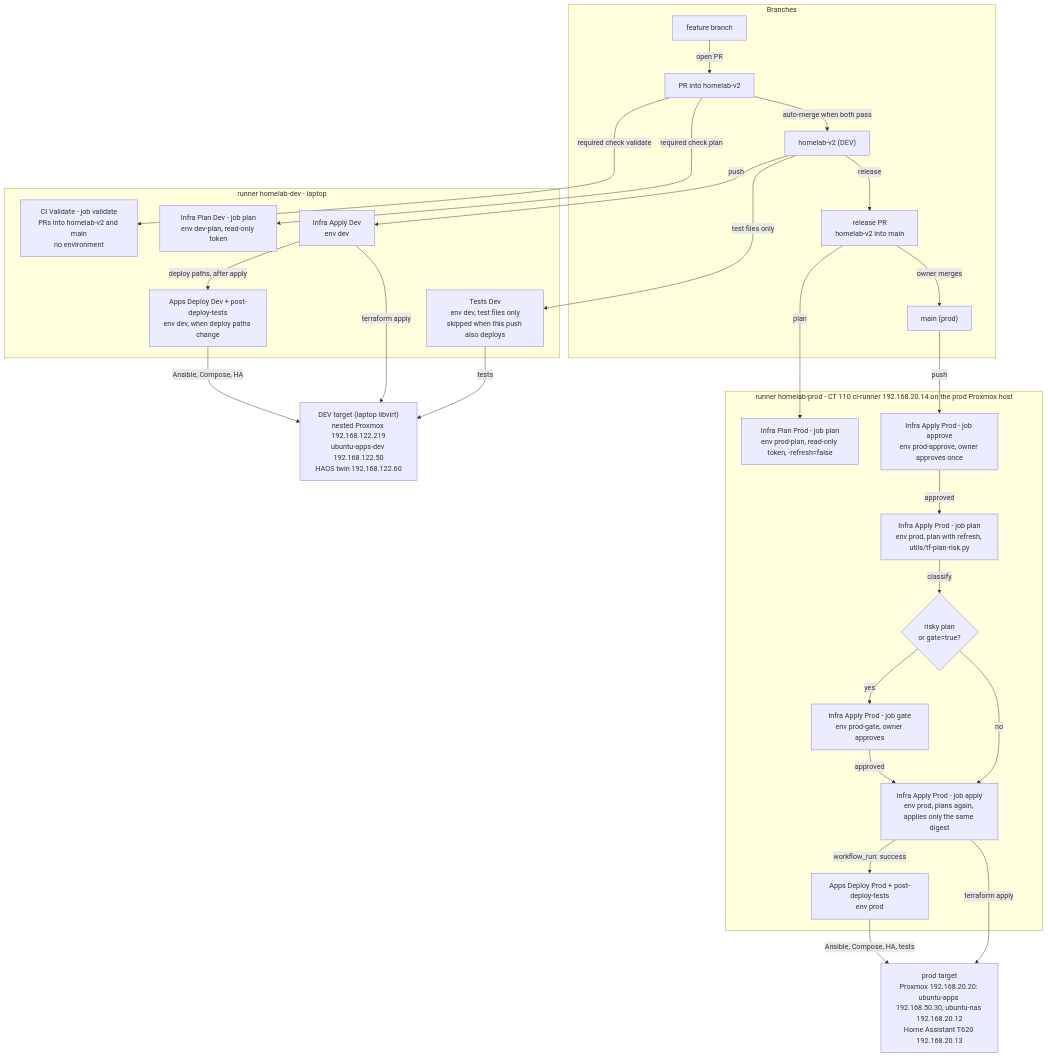
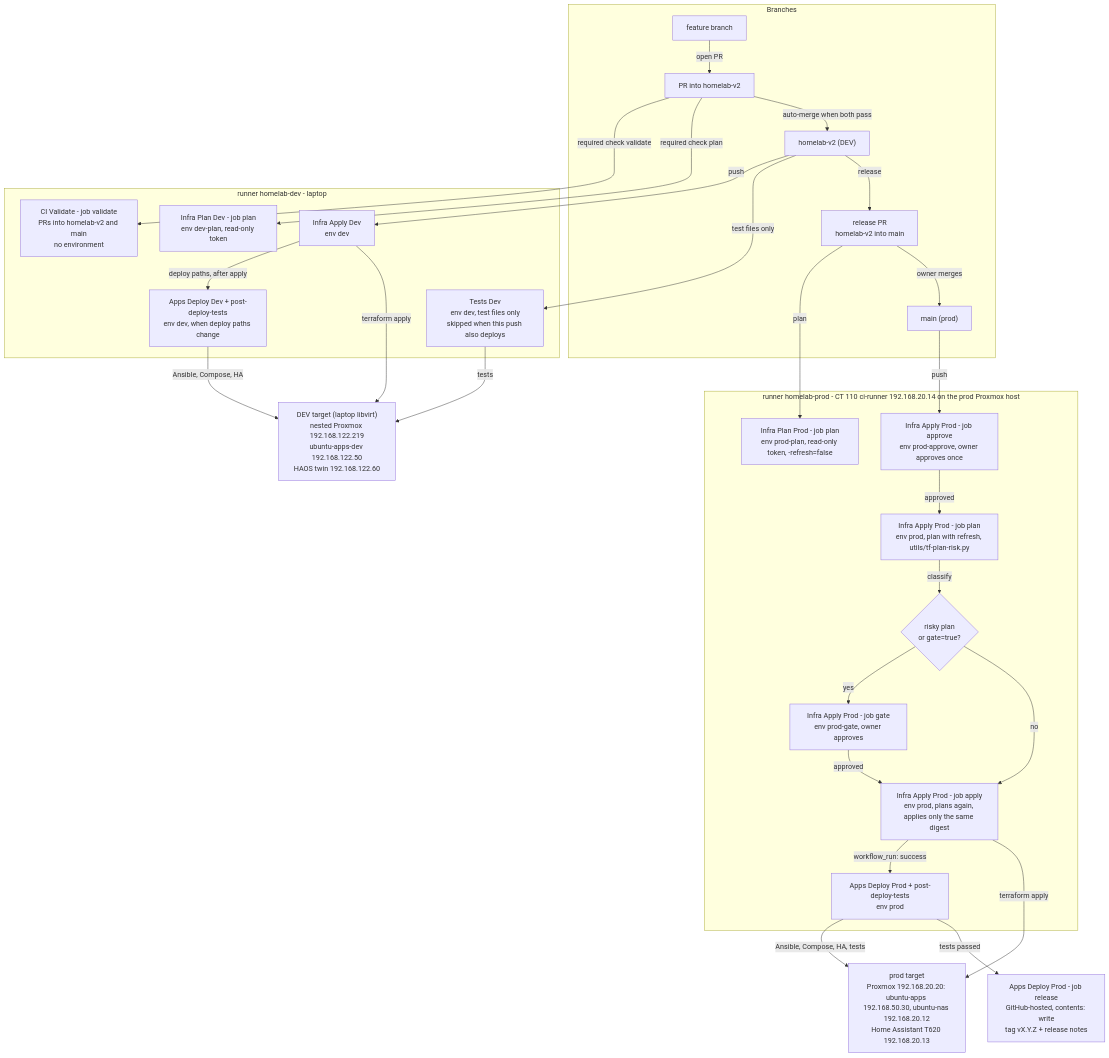
The second of 3 diagrams in README.md (DaveKadziola/homelab), drawn with Mermaid before and after one commit. The commit also changed other lines of this file and 8 other files, not shown here.

First line of the commit message:
feat(f1): tag and release after a green prod deploy

````diff
--- a/README.md
+++ b/README.md
@@ -109,50 +112,52 @@
 ```mermaid
 flowchart TB
   devt["DEV target (laptop libvirt)<br/>nested Proxmox 192.168.122.219<br/>ubuntu-apps-dev 192.168.122.50<br/>HAOS twin 192.168.122.60"]
   prodt["prod target<br/>Proxmox 192.168.20.20: ubuntu-apps 192.168.50.30, ubuntu-nas 192.168.20.12<br/>Home Assistant T620 192.168.20.13"]
   subgraph git ["Branches"]
     fb["feature branch"]
     prv2["PR into homelab-v2"]
     v2["homelab-v2 (DEV)"]
     prm["release PR<br/>homelab-v2 into main"]
     main["main (prod)"]
   end
   subgraph rdev ["runner homelab-dev - laptop"]
     val["CI Validate - job validate<br/>PRs into homelab-v2 and main<br/>no environment"]
     pld["Infra Plan Dev - job plan<br/>env dev-plan, read-only token"]
     apd["Infra Apply Dev<br/>env dev"]
     dpd["Apps Deploy Dev + post-deploy-tests<br/>env dev, when deploy paths change"]
     td["Tests Dev<br/>env dev, test files only<br/>skipped when this push also deploys"]
   end
   subgraph rprod ["runner homelab-prod - CT 110 ci-runner 192.168.20.14 on the prod Proxmox host"]
     plp["Infra Plan Prod - job plan<br/>env prod-plan, read-only token, -refresh=false"]
     appr["Infra Apply Prod - job approve<br/>env prod-approve, owner approves once"]
     iap["Infra Apply Prod - job plan<br/>env prod, plan with refresh, utils/tf-plan-risk.py"]
     risk{"risky plan<br/>or gate=true?"}
     gate["Infra Apply Prod - job gate<br/>env prod-gate, owner approves"]
     apply["Infra Apply Prod - job apply<br/>env prod, plans again, applies only the same digest"]
     dpp["Apps Deploy Prod + post-deploy-tests<br/>env prod"]
   end
+  rel["Apps Deploy Prod - job release<br/>GitHub-hosted, contents: write<br/>tag vX.Y.Z + release notes"]
   fb -->|"open PR"| prv2
   prv2 -->|"required check validate"| val
   prv2 -->|"required check plan"| pld
   prv2 -->|"auto-merge when both pass"| v2
   v2 -->|"push"| apd
   apd -->|"deploy paths, after apply"| dpd
   v2 -->|"test files only"| td
   apd -->|"terraform apply"| devt
   dpd -->|"Ansible, Compose, HA"| devt
   td -->|"tests"| devt
   v2 -->|"release"| prm
   prm -->|"plan"| plp
   prm -->|"owner merges"| main
   main -->|"push"| appr
   appr -->|"approved"| iap
   iap -->|"classify"| risk
   risk -->|"yes"| gate
   risk -->|"no"| apply
   gate -->|"approved"| apply
   apply -->|"workflow_run: success"| dpp
   apply -->|"terraform apply"| prodt
   dpp -->|"Ansible, Compose, HA, tests"| prodt
+  dpp -->|"tests passed"| rel
 ```
````
